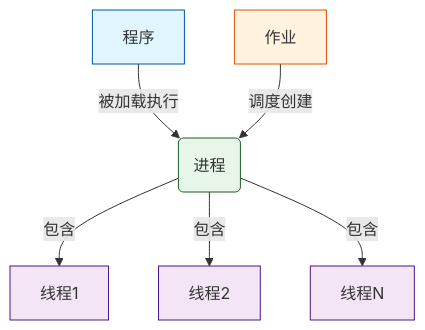
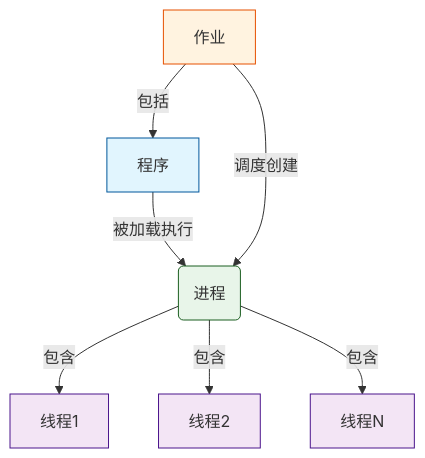
Before and after one commit to Miii-381/note-repository: the diagram in 操作系统/操作系统知识点与考点整理.md, drawn with Mermaid. The commit also changed other lines of this file and 1 other file, not shown here.

````diff
--- a/操作系统/操作系统知识点与考点整理.md
+++ b/操作系统/操作系统知识点与考点整理.md
@@ -543,15 +543,16 @@
 ```mermaid
 graph TD
     A[程序] -->|被加载执行| B(进程)
     C[作业] -->|调度创建| B
+    C -->|包括| A
     B -->|包含| D[线程1]
     B -->|包含| E[线程2]
     B -->|包含| F[线程N]
     
     style A fill:#e1f5fe,stroke:#01579b
     style C fill:#fff3e0,stroke:#e65100
     style B fill:#e8f5e9,stroke:#1b5e20
     style D fill:#f3e5f5,stroke:#4a148c
     style E fill:#f3e5f5,stroke:#4a148c
     style F fill:#f3e5f5,stroke:#4a148c
 ```
````
